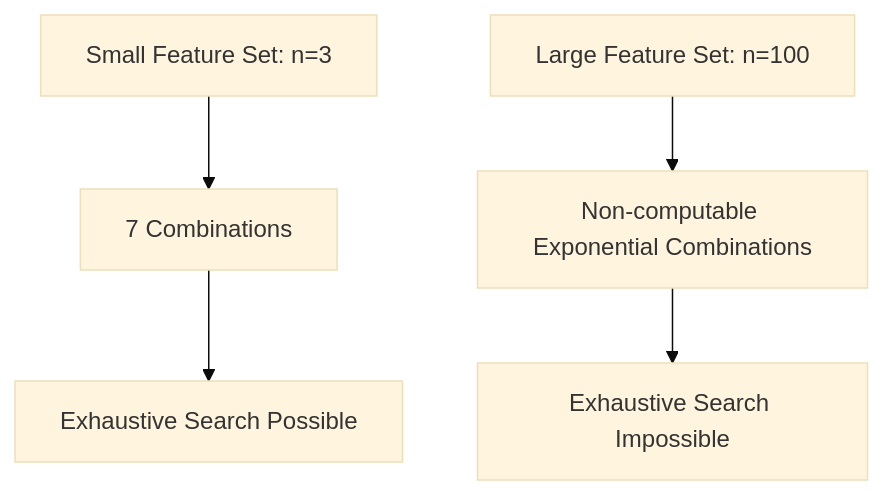
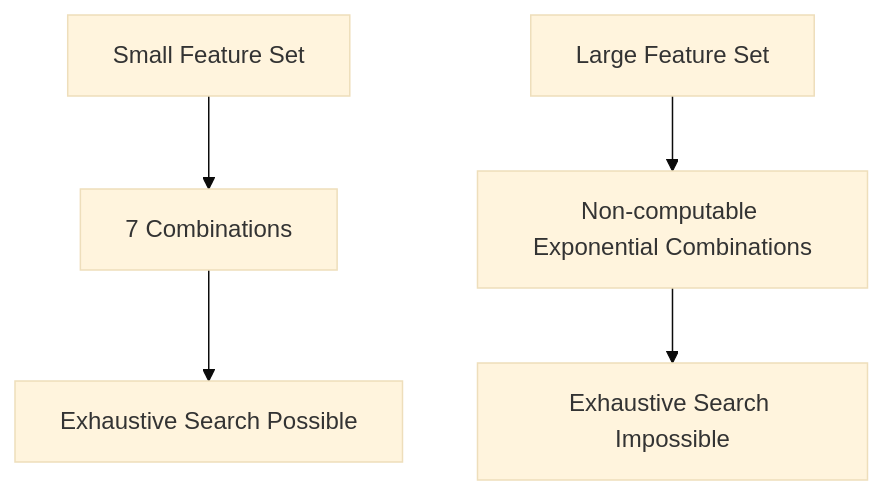
The third of 7 diagrams in Trimester 1/Data Preprocessing/W06 - Data Reduction/L1/6.4. Attribute Subset Selection.md (Balasubramanian-pg/MSC.-Data-Science-AI), drawn with Mermaid (base theme) before and after one commit. The commit also changed other lines of this file, not shown here.

````diff
--- a/Trimester 1/Data Preprocessing/W06 - Data Reduction/L1/6.4. Attribute Subset Selection.md
+++ b/Trimester 1/Data Preprocessing/W06 - Data Reduction/L1/6.4. Attribute Subset Selection.md
@@ -198,9 +199,9 @@
 ```mermaid
 flowchart TD
-    A[Small Feature Set: n=3]
+    A[Small Feature Set]
     --> B[7 Combinations]
-    C[Large Feature Set: n=100]
+    C[Large Feature Set]
     --> D[Non-computable Exponential Combinations]
     B --> E[Exhaustive Search Possible]
     D --> F[Exhaustive Search Impossible]
 ```
````
